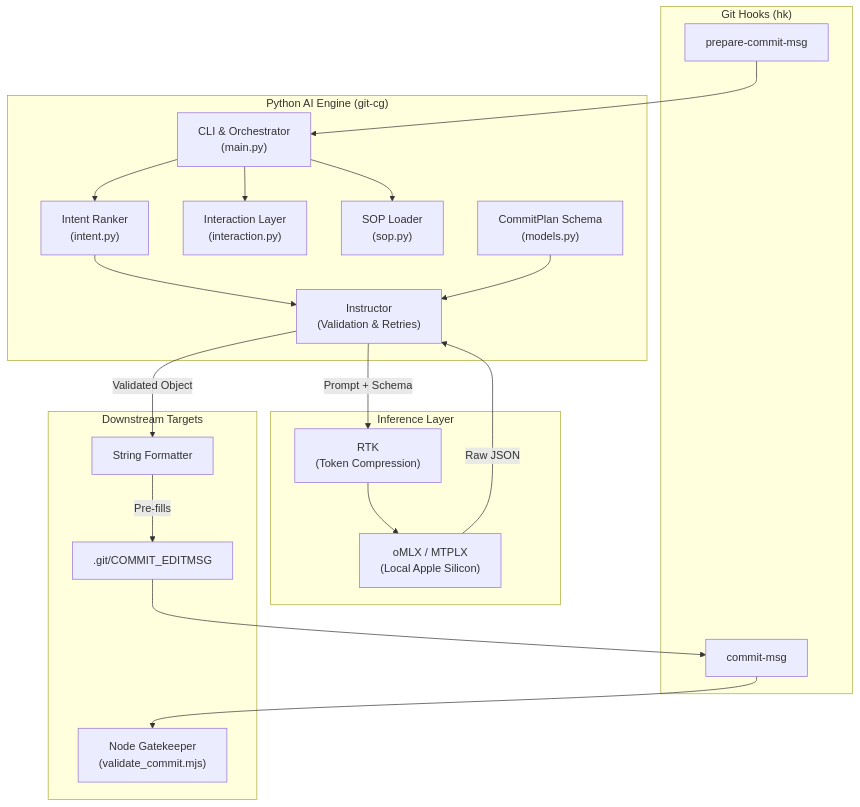
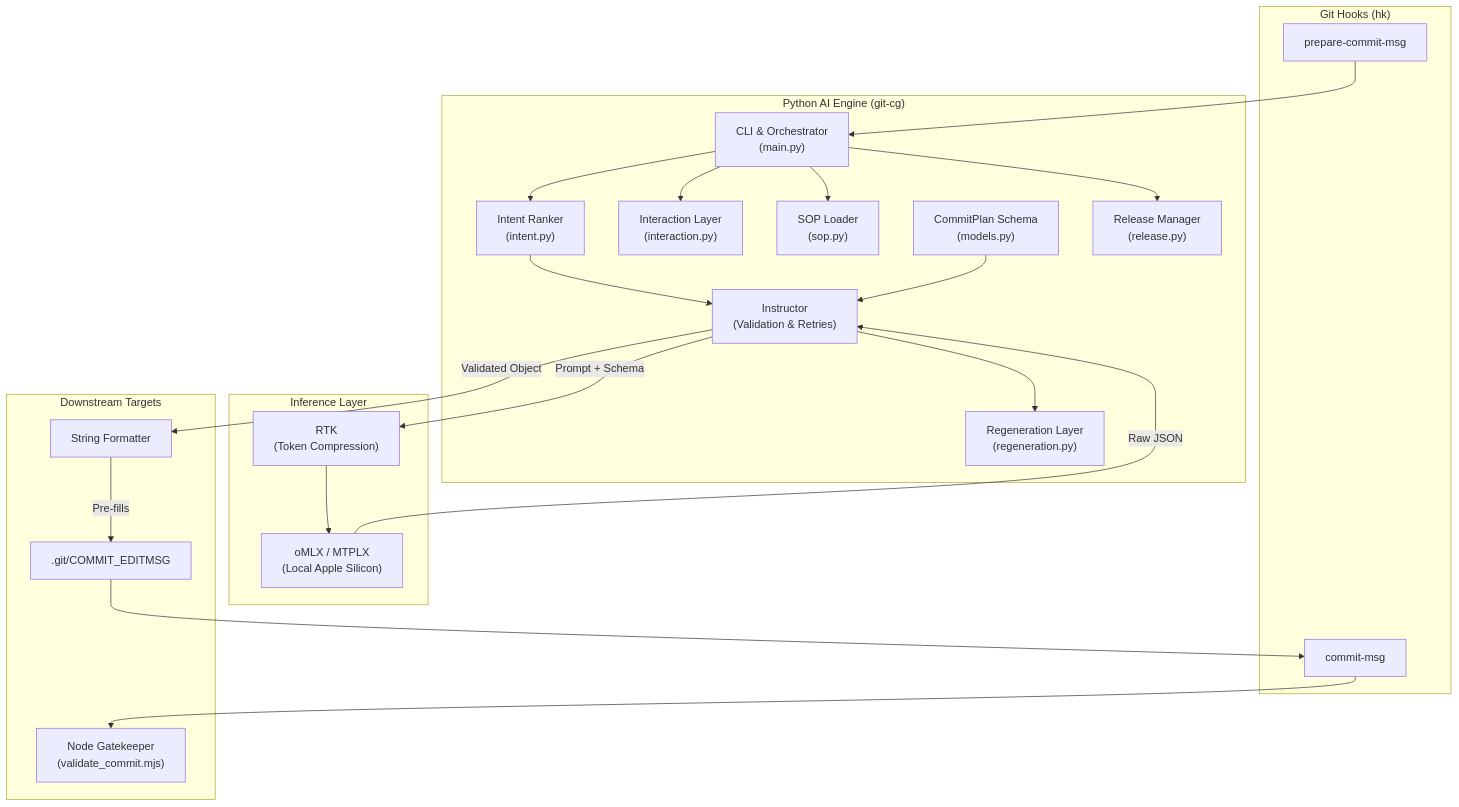
Before and after one commit to Thomo1318/gitCommitGenerator: the diagram in README.md, drawn with Mermaid. The commit also changed other lines of this file and 15 other files, not shown here.

````diff
--- a/README.md
+++ b/README.md
@@ -57,39 +91,43 @@
 ```mermaid
 flowchart TD
     subgraph Git ["Git Hooks (hk)"]
         PrepareHook["prepare-commit-msg"]
         CommitMsgHook["commit-msg"]
     end
 
     subgraph Intelligence ["Python AI Engine (git-cg)"]
         Main["CLI & Orchestrator<br/>(main.py)"]
         Ranker["Intent Ranker<br/>(intent.py)"]
         Interaction["Interaction Layer<br/>(interaction.py)"]
         SOPLoader["SOP Loader<br/>(sop.py)"]
         Pydantic["CommitPlan Schema<br/>(models.py)"]
         Instructor["Instructor<br/>(Validation & Retries)"]
+        Regeneration["Regeneration Layer<br/>(regeneration.py)"]
+        Release["Release Manager<br/>(release.py)"]
 
         PrepareHook --> Main
         Main --> SOPLoader
         Main --> Ranker
         Main --> Interaction
         Ranker --> Instructor
         Pydantic --> Instructor
+        Instructor --> Regeneration
+        Main --> Release
     end
 
     subgraph Execution ["Inference Layer"]
         RTK["RTK<br/>(Token Compression)"]
         LLM["oMLX / MTPLX<br/>(Local Apple Silicon)"]
 
         Instructor -- "Prompt + Schema" --> RTK
         RTK --> LLM
         LLM -- "Raw JSON" --> Instructor
     end
 
     subgraph Outputs ["Downstream Targets"]
         Instructor -->|Validated Object| Formatter["String Formatter"]
         Formatter -->|Pre-fills| Target[".git/COMMIT_EDITMSG"]
         Target --> CommitMsgHook
         CommitMsgHook --> Gatekeeper["Node Gatekeeper<br/>(validate_commit.mjs)"]
     end
 ```
````
